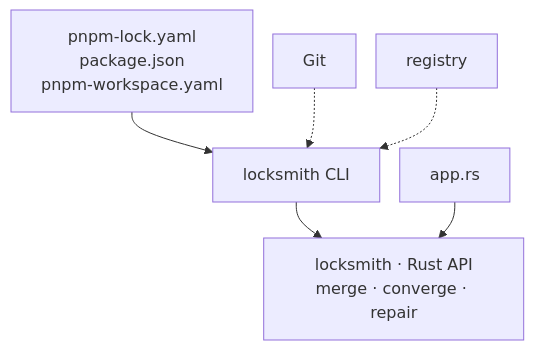
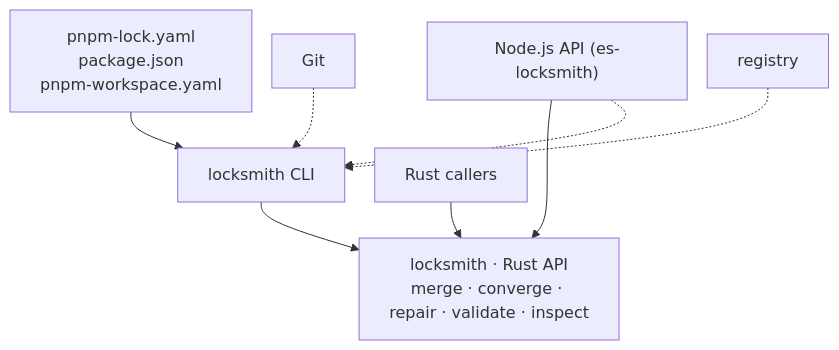
The diagram in docs/diagrams/architecture.mmd (Sec-ant/locksmith), drawn with Mermaid before and after one commit. The commit also changed 23 other files, not shown here.

First line of the commit message:
docs: sync diagrams, design doc, README, skills, TS types, package metadata, and justfile

```diff
--- a/docs/diagrams/architecture.mmd
+++ b/docs/diagrams/architecture.mmd
@@ -1,12 +1,14 @@
 ---
 config:
   flowchart:
     nodeSpacing: 20
     rankSpacing: 36
 ---
 flowchart TB
   files["pnpm-lock.yaml<br/>package.json<br/>pnpm-workspace.yaml"] --> cli["locksmith CLI"]
   git["Git"] -.-> cli
   registry["registry"] -.-> cli
-  cli --> core["locksmith · Rust API<br/>merge · converge · repair"]
-  app["app.rs"] --> core
+  node["Node.js API (es-locksmith)"] --> core["locksmith · Rust API<br/>merge · converge · repair · validate · inspect"]
+  cli --> core
+  node -.-> cli
+  app["Rust callers"] --> core
```
